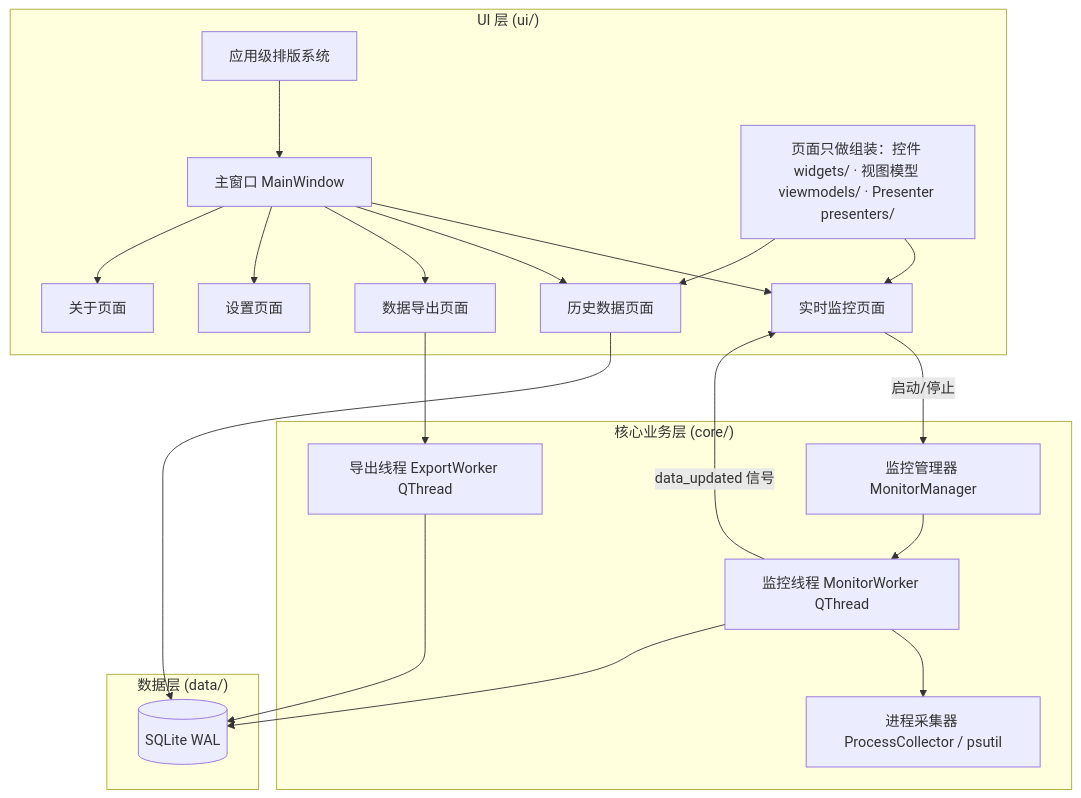
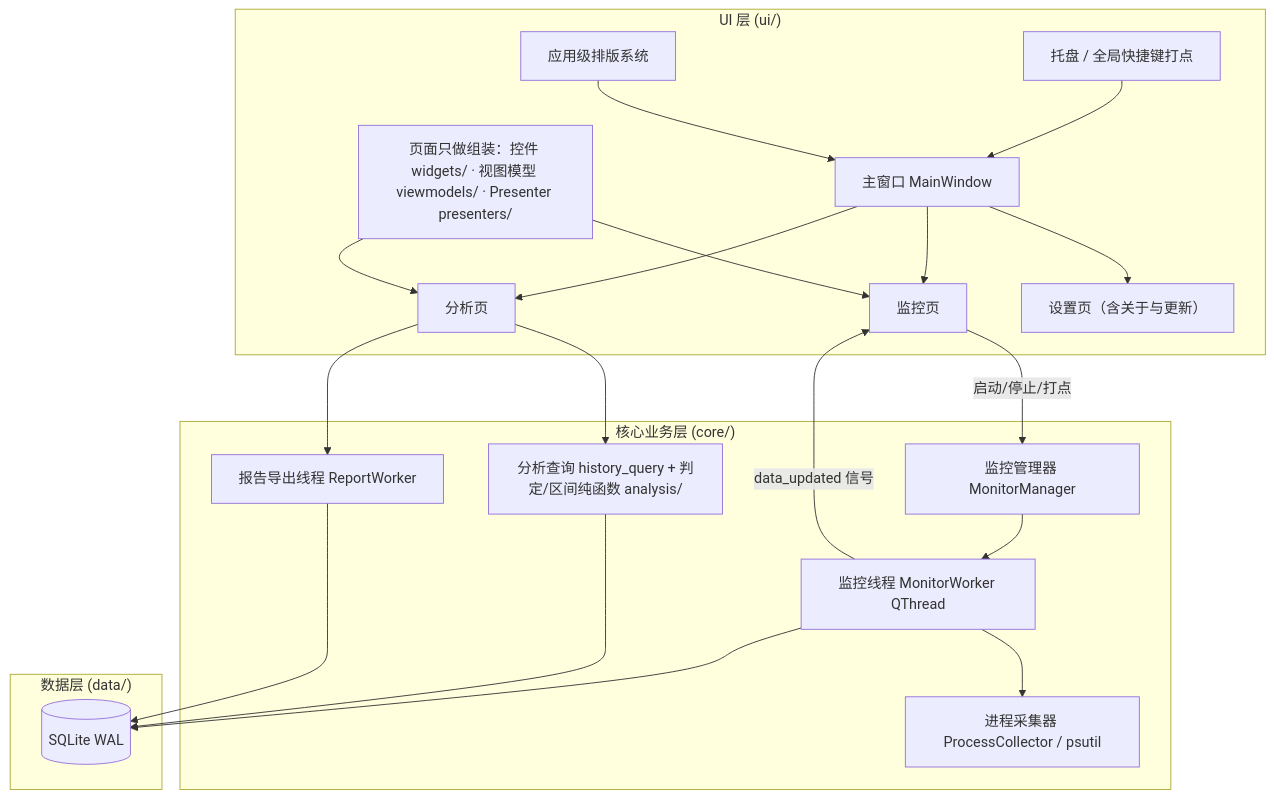
Before and after one commit to liujialu0330/ProcessMonitor: the diagram in README.zh-CN.md, drawn with Mermaid. The commit also changed other lines of this file and 101 other files, not shown here.

````diff
--- a/README.zh-CN.md
+++ b/README.zh-CN.md
@@ -107,26 +114,26 @@
 ```mermaid
 flowchart TD
     subgraph UI["UI 层 (ui/)"]
-        MW[主窗口 MainWindow] --> MP[实时监控页面]
-        MW --> HP[历史数据页面]
-        MW --> EP[数据导出页面]
-        MW --> SP[设置页面]
-        MW --> AP[关于页面]
+        MW[主窗口 MainWindow] --> MP[监控页]
+        MW --> AN[分析页]
+        MW --> SP[设置页（含关于与更新）]
+        TR[托盘 / 全局快捷键打点] --> MW
         TS[应用级排版系统] --> MW
         UW[页面只做组装：控件 widgets/ · 视图模型 viewmodels/ · Presenter presenters/] --> MP
-        UW --> HP
+        UW --> AN
     end
     subgraph Core["核心业务层 (core/)"]
         MM[监控管理器 MonitorManager] --> MT[监控线程 MonitorWorker QThread]
         MT --> PC[进程采集器 ProcessCollector / psutil]
-        EW[导出线程 ExportWorker QThread]
+        HQ[分析查询 history_query + 判定/区间纯函数 analysis/]
+        RW[报告导出线程 ReportWorker]
     end
     subgraph Data["数据层 (data/)"]
         DB[(SQLite WAL)]
     end
-    MP -->|启动/停止| MM
+    MP -->|启动/停止/打点| MM
     MT -->|data_updated 信号| MP
     MT --> DB
-    HP --> DB
-    EP --> EW --> DB
+    AN --> HQ --> DB
+    AN --> RW --> DB
 ```
````
